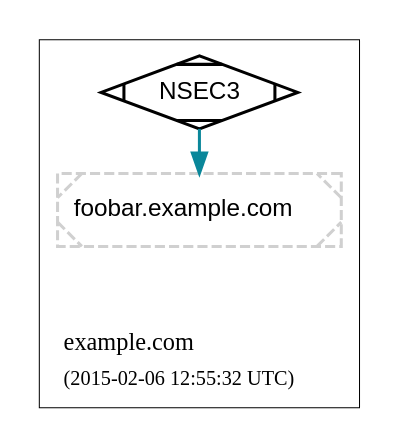
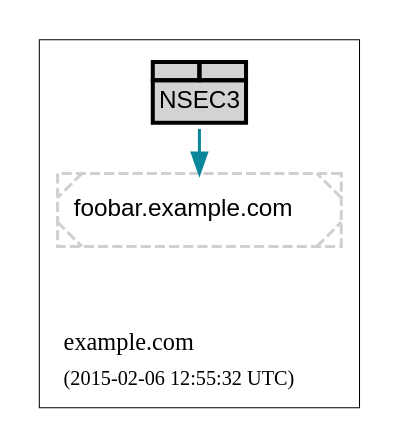
Before and after one commit to dnsviz/dnsviz: the diagram in doc/dot/nsec3-optout.dot, drawn with Graphviz. The commit also changed 23 other files, not shown here.

```diff
--- a/doc/dot/nsec3-optout.dot
+++ b/doc/dot/nsec3-optout.dot
@@ -1,28 +1,32 @@
 digraph {
   graph [compound=true, rankdir=BT, ranksep=0.3];
 	node [label="\N",
 		penwidth=1.5
 	];
 	edge [penwidth=1.5];
 
   subgraph "cluster_example.com" {
 		graph [label=<<TABLE BORDER="0"><TR><TD ALIGN="LEFT"><FONT POINT-SIZE="12">example.com</FONT></TD></TR><TR><TD ALIGN="LEFT"><FONT POINT-SIZE="10">(2015-02-06 12:55:32 UTC)</FONT></TD></TR></TABLE>>,
 				labeljust=l,
 				penwidth=0.5
 		];
 		"cluster_example.com_top" [shape=point, style=invis];
 		"cluster_example.com_bottom" [shape=point, style=invis];
     "RRset-0|foobar.example.com|A" [color="#d0d0d0",
 						fillcolor="#ffffff",
 						label=<<FONT POINT-SIZE="12" FACE="Helvetica">foobar.example.com</FONT>>,
 						shape=rectangle,
 						style="rounded,filled,dashed,diagonals"];
 		"NSEC3-0|foobar.example.com|A" [color="#000000",
 						fillcolor="#ffffff",
-						label=<<FONT POINT-SIZE="12" FACE="Helvetica">NSEC3</FONT>>,
-						shape=diamond,
-						style="filled,diagonals"];
+            label=<<TABLE COLOR="#000000" BORDER="0" CELLSPACING="-2" CELLPADDING="0" BGCOLOR="lightgray"><TR>
+<TD PORT="nsec1" BORDER="2"><FONT POINT-SIZE="6"> </FONT></TD>
+<TD PORT="nsec2" BORDER="2"><FONT POINT-SIZE="6"> </FONT></TD>
+</TR><TR><TD COLSPAN="2" BORDER="2" CELLPADDING="3"><FONT POINT-SIZE="12" FACE="Helvetica">NSEC3</FONT></TD></TR>
+</TABLE>>,
+						shape=none,
+						style=filled];
   }
 	"cluster_example.com_bottom" -> "RRset-0|foobar.example.com|A" [style=invis];
 	"RRset-0|foobar.example.com|A" -> "NSEC3-0|foobar.example.com|A" [color="#0a879a", dir=back, style=solid];
 }
```
